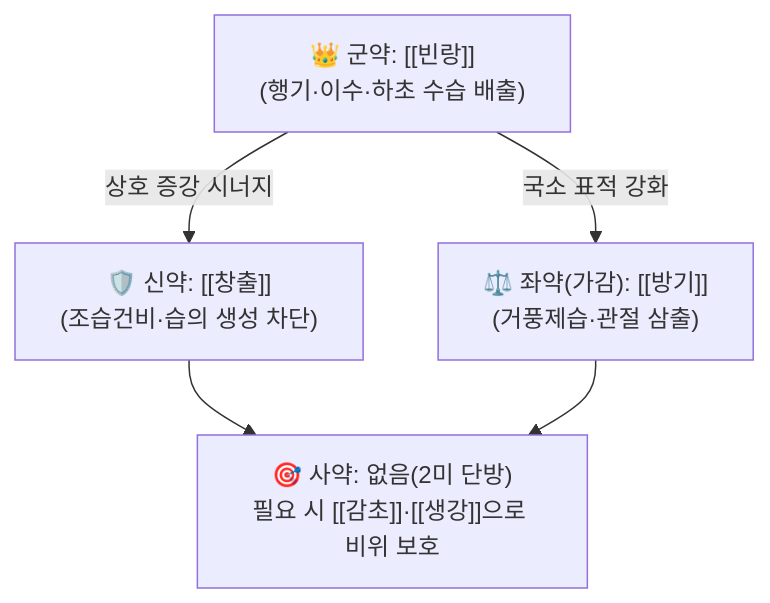
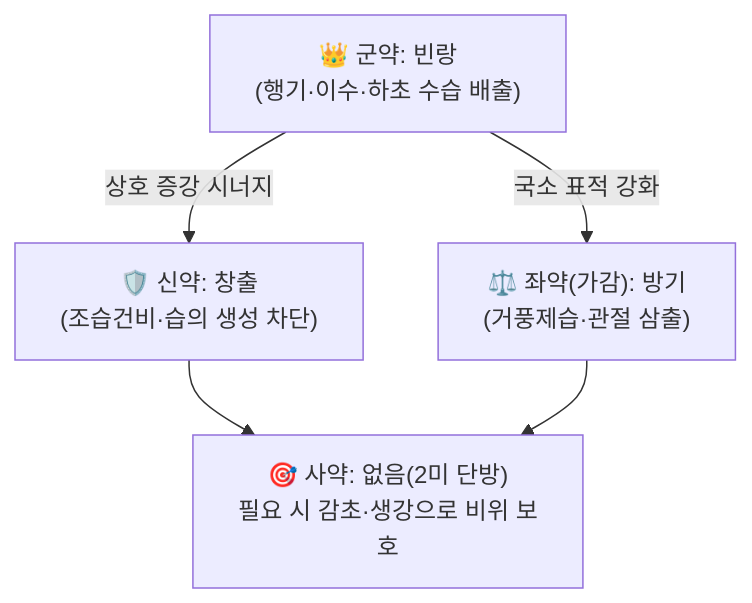
One commit to simbio11/simbio-digital-garden2 changed the diagram in content/2. 약리 공부/처방/03_화담·거습·이수제/빈창산.md. Above: the diagram before and after it, drawn with Mermaid. The commit also changed other lines of this file and 323 other files, not shown here.

````diff
--- a/content/2. 약리 공부/처방/03_화담·거습·이수제/빈창산.md
+++ b/content/2. 약리 공부/처방/03_화담·거습·이수제/빈창산.md
@@ -58,7 +59,7 @@
 ```mermaid
 graph TD
-    Gun["👑 군약: [[빈랑]]<br>(행기·이수·하초 수습 배출)"] -->|상호 증강 시너지| Sin["🛡️ 신약: [[창출]]<br>(조습건비·습의 생성 차단)"]
-    Gun -->|국소 표적 강화| Jwa["⚖️ 좌약(가감): [[방기]]<br>(거풍제습·관절 삼출)"]
-    Sin --> Sa["🎯 사약: 없음(2미 단방)<br>필요 시 [[감초]]·[[생강]]으로 비위 보호"]
+    Gun["👑 군약: 빈랑<br>(행기·이수·하초 수습 배출)"] -->|상호 증강 시너지| Sin["🛡️ 신약: 창출<br>(조습건비·습의 생성 차단)"]
+    Gun -->|국소 표적 강화| Jwa["⚖️ 좌약(가감): 방기<br>(거풍제습·관절 삼출)"]
+    Sin --> Sa["🎯 사약: 없음(2미 단방)<br>필요 시 감초·생강으로 비위 보호"]
     Jwa --> Sa
 ```
````
